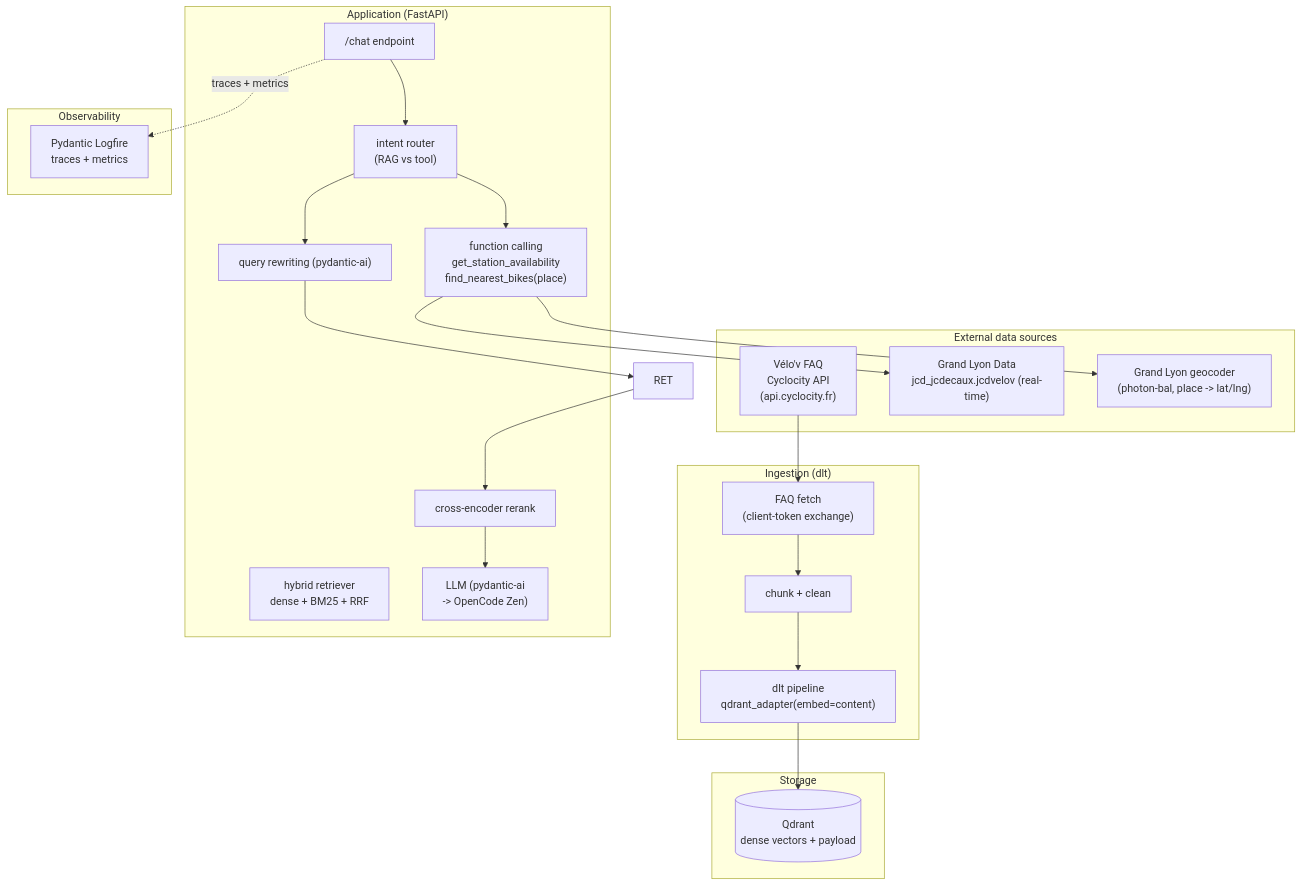
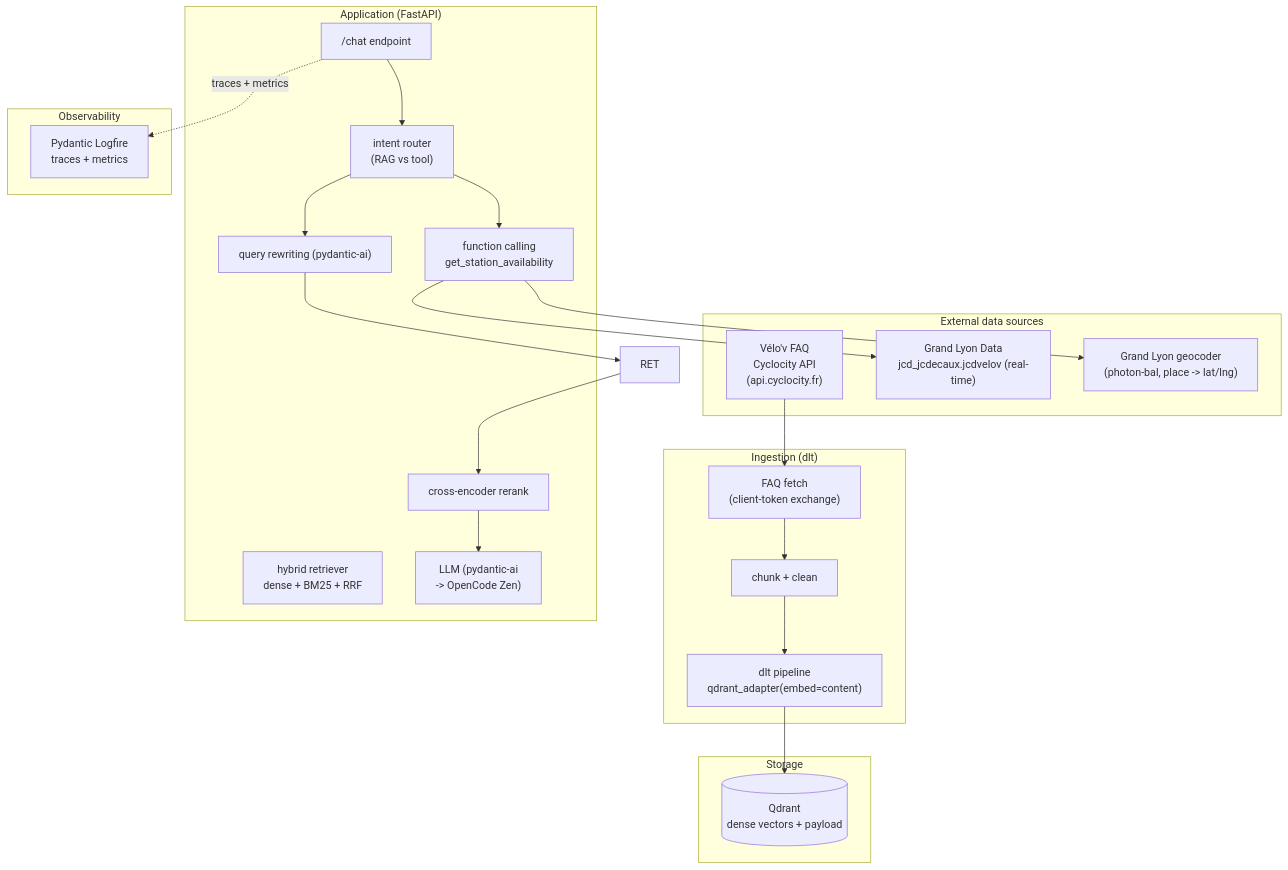
The diagram in docs/architecture.md (afrancois-dev/velov-assistant), drawn with Mermaid before and after one commit. The commit also changed other lines of this file and 4 other files, not shown here.

Commit message:
feat: merge get_station_availability & find_nearest_bikes

````diff
--- a/docs/architecture.md
+++ b/docs/architecture.md
@@ -12,41 +12,41 @@
 ```mermaid
 flowchart TB
     subgraph Sources["External data sources"]
         FAQ["Vélo'v FAQ<br/>Cyclocity API<br/>(api.cyclocity.fr)"]
         STATIONS["Grand Lyon Data<br/>jcd_jcdecaux.jcdvelov (real-time)"]
         GEO["Grand Lyon geocoder<br/>(photon-bal, place -> lat/lng)"]
     end
 
     subgraph Ingestion["Ingestion (dlt)"]
         FETCH["FAQ fetch<br/>(client-token exchange)"]
         CHUNK["chunk + clean"]
         DLT["dlt pipeline<br/>qdrant_adapter(embed=content)"]
     end
 
     subgraph Store["Storage"]
         QDRANT[("Qdrant<br/>dense vectors + payload")]
     end
 
     subgraph App["Application (FastAPI)"]
         API["/chat endpoint"]
         ROUTER["intent router<br/>(RAG vs tool)"]
         REWRITE["query rewriting (pydantic-ai)"]
         RETR["hybrid retriever<br/>dense + BM25 + RRF"]
         RERANK["cross-encoder rerank"]
         LLM["LLM (pydantic-ai<br/>-> OpenCode Zen)"]
-        TOOLS["function calling<br/>get_station_availability<br/>find_nearest_bikes(place)"]
+        TOOLS["function calling<br/>get_station_availability"]
     end
 
     subgraph Obs["Observability"]
         LOGFIRE["Pydantic Logfire<br/>traces + metrics"]
     end
 
     FAQ --> FETCH --> CHUNK --> DLT --> QDRANT
 
     API --> ROUTER
     ROUTER --> REWRITE --> RET --> RERANK --> LLM
     ROUTER --> TOOLS --> STATIONS
     TOOLS --> GEO
 
     API -.traces + metrics.-> LOGFIRE
 ```
````
